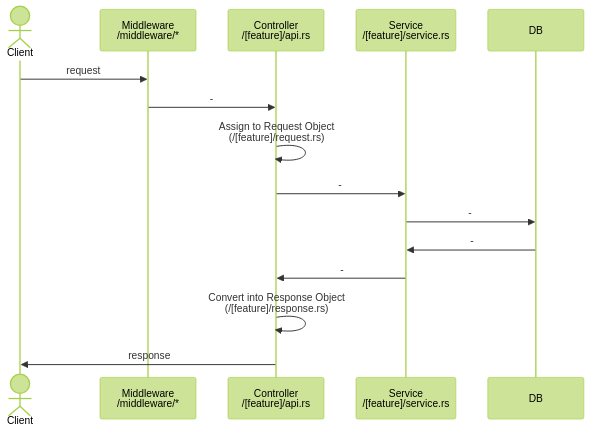
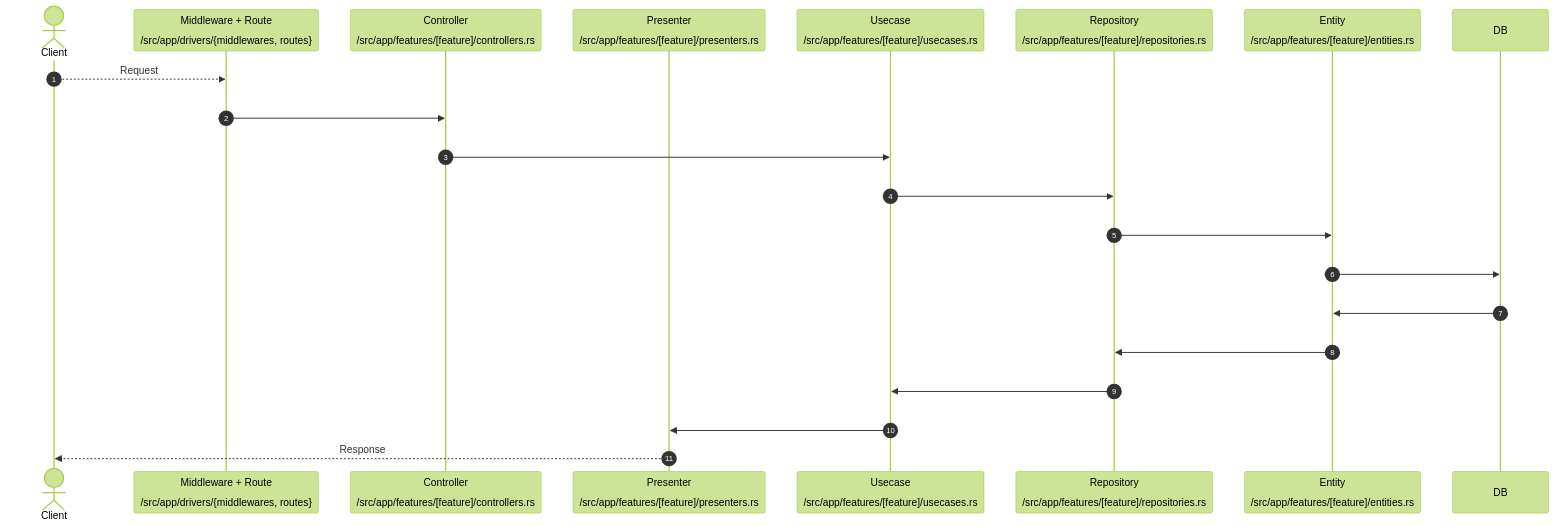
Before and after one commit to snamiki1212/realworld-v1-rust-actix-web-diesel: the diagram in README.md, drawn with Mermaid (forest theme). The commit also changed other lines of this file, not shown here.

Commit message:
fix: update architecture section on readme

````diff
--- a/README.md
+++ b/README.md
@@ -82,19 +74,27 @@
 ```mermaid
 sequenceDiagram
   actor Client
-  participant Middleware as Middleware<br>/middleware/*
-  participant Controller as Controller<br>/[feature]/api.rs
-  participant Service as Service<br>/[feature]/service.rs
+  autonumber
+  participant Route as Middleware + Route <br><br>/src/app/drivers/{middlewares, routes}
+  participant Controller as Controller<br><br>/src/app/features/[feature]/controllers.rs
+  participant Presenter as Presenter<br><br>/src/app/features/[feature]/presenters.rs
+  participant Usecase as Usecase<br><br>/src/app/features/[feature]/usecases.rs
+  participant Repository as Repository<br><br>/src/app/features/[feature]/repositories.rs
+  participant Entity as Entity<br><br>/src/app/features/[feature]/entities.rs
   participant DB
 
-  Client ->> Middleware: request
-  Middleware ->> Controller: -
-  Controller ->> Controller: Assign to Request Object<br>(/[feature]/request.rs)
-  Controller ->> Service: -
-  Service ->> DB: -
+  %% left to right
+  Client -->> Route: Request
+  Route ->> Controller: <br>
+  Controller ->> Usecase: <br>
+  Usecase ->> Repository: <br>
+  Repository ->> Entity: <br>
+  Entity ->> DB: <br>
 
-  DB ->> Service: -
-  Service ->> Controller: -
-  Controller ->> Controller: Convert into Response Object<br>(/[feature]/response.rs)
-  Controller ->> Client: response
+  %% right to left
+  DB ->> Entity: <br>
+  Entity ->> Repository: <br>
+  Repository ->> Usecase: <br>
+  Usecase ->> Presenter: <br>
+  Presenter -->> Client: Response
 ```
````
